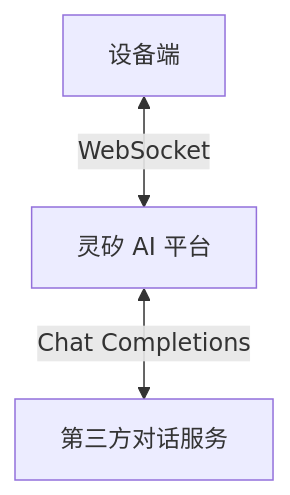
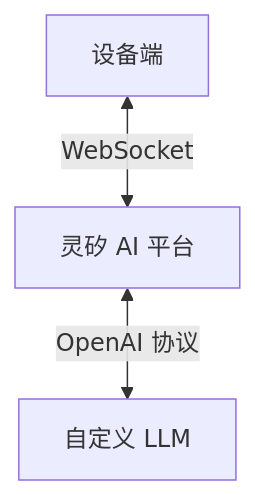
One commit to qiniu/Xrobot-docs changed the diagram in docs/xrobot/guide/third-app.md. Above: the diagram before and after it, drawn with Mermaid. The commit also changed other lines of this file, not shown here.

Commit message:
[docs] 收敛为自定义 LLM 接入说明

````diff
--- a/docs/xrobot/guide/third-app.md
+++ b/docs/xrobot/guide/third-app.md
@@ -9,5 +9,5 @@
 ```mermaid
 flowchart TD
     Device[设备端] <-->|WebSocket| Platform[灵矽 AI 平台]
-    Platform <-->|Chat Completions| Chat[第三方对话服务]
+    Platform <-->|OpenAI 协议| LLM[自定义 LLM]
 ```
````
